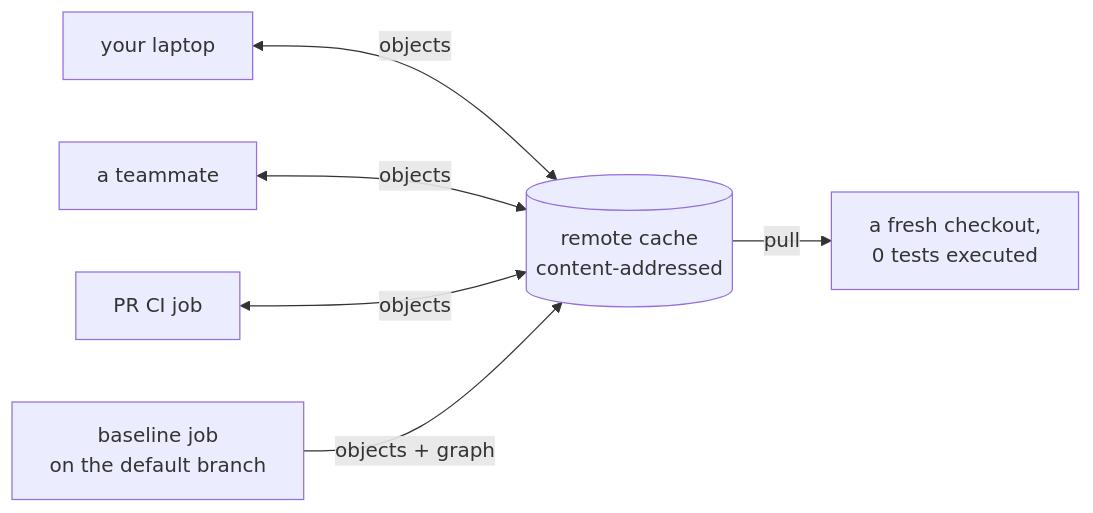
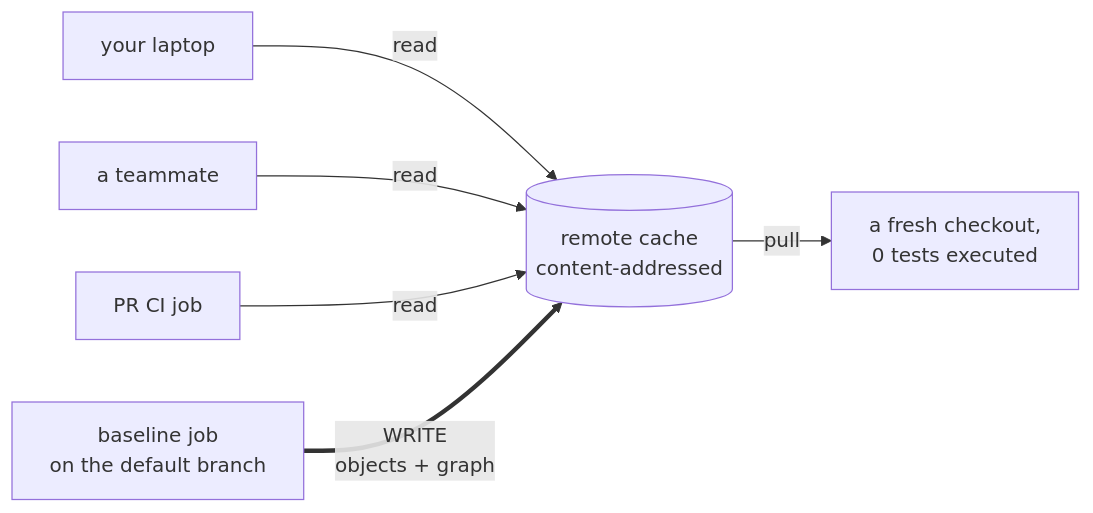
Before and after one commit to manuglopez/phpunit-replay: the fourth of 5 diagrams in README.md, drawn with Mermaid. The commit also changed other lines of this file and 1 other file, not shown here.

First line of the commit message:
docs: state plainly that only CI should write to the shared cache

````diff
--- a/README.md
+++ b/README.md
@@ -312,8 +312,8 @@
 ```mermaid
 flowchart LR
-    L1["your laptop"] <-->|"objects"| R[("remote cache<br/>content-addressed")]
-    L2["a teammate"] <-->|"objects"| R
-    P["PR CI job"] <-->|"objects"| R
-    BJ["baseline job<br/>on the default branch"] -->|"objects + graph"| R
+    L1["your laptop"] -->|"read"| R[("remote cache<br/>content-addressed")]
+    L2["a teammate"] -->|"read"| R
+    P["PR CI job"] -->|"read"| R
+    BJ["baseline job<br/>on the default branch"] ==>|"WRITE<br/>objects + graph"| R
     R -->|"pull"| N["a fresh checkout,<br/>0 tests executed"]
 ```
````
